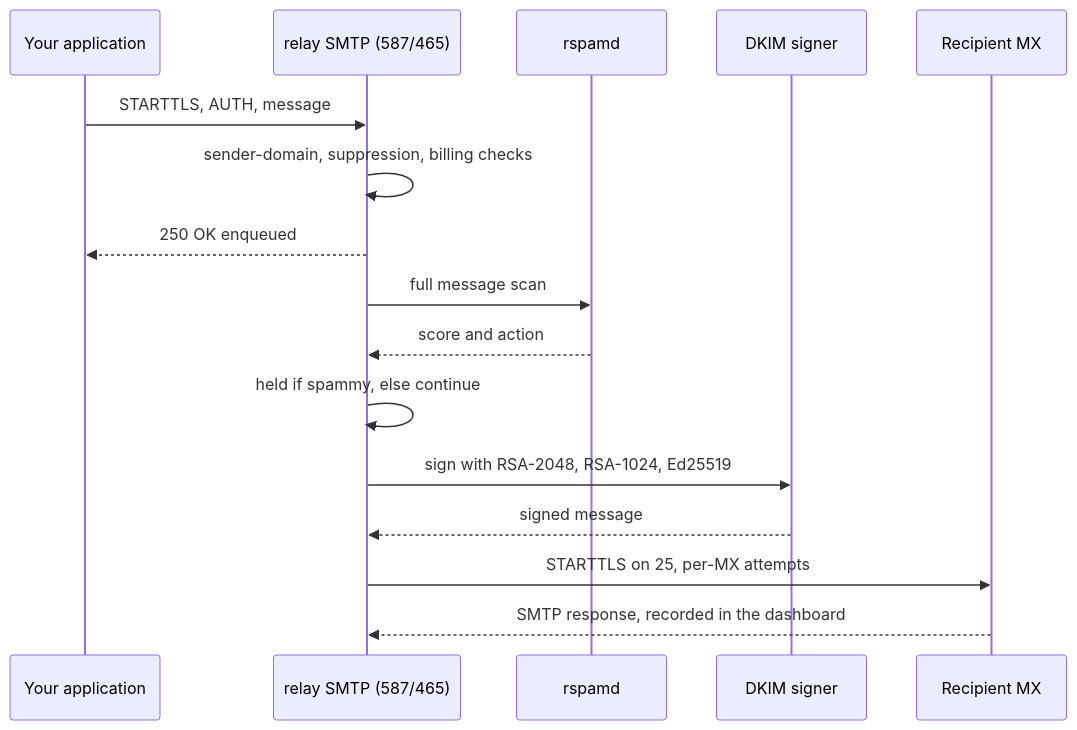
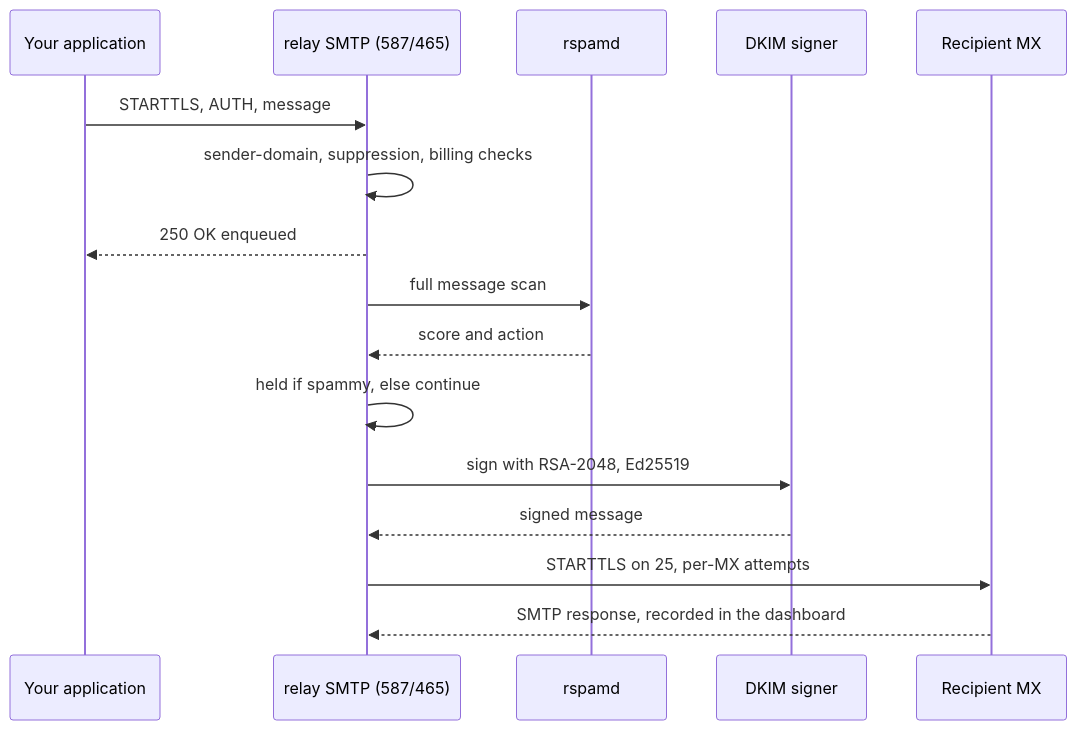
One commit to codingjoe/relay changed the diagram in docs/docs/deliverability.md. Above: the diagram before and after it, drawn with Mermaid. The commit also changed other lines of this file and 24 other files, not shown here.

````diff
--- a/docs/docs/deliverability.md
+++ b/docs/docs/deliverability.md
@@ -56,19 +56,19 @@
 ```mermaid
 sequenceDiagram
     participant App as Your application
     participant MSA as relay SMTP (587/465)
     participant Scan as rspamd
     participant Sign as DKIM signer
     participant Remote as Recipient MX
 
     App->>MSA: STARTTLS, AUTH, message
     MSA->>MSA: sender-domain, suppression, billing checks
     MSA-->>App: 250 OK enqueued
     MSA->>Scan: full message scan
     Scan-->>MSA: score and action
     MSA->>MSA: held if spammy, else continue
-    MSA->>Sign: sign with RSA-2048, RSA-1024, Ed25519
+    MSA->>Sign: sign with RSA-2048, Ed25519
     Sign-->>MSA: signed message
     MSA->>Remote: STARTTLS on 25, per-MX attempts
     Remote-->>MSA: SMTP response, recorded in the dashboard
 ```
````
